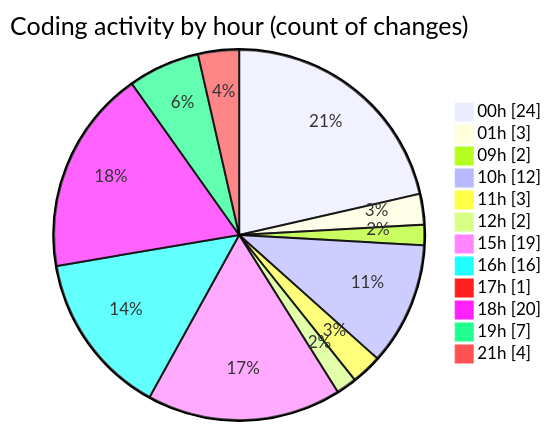
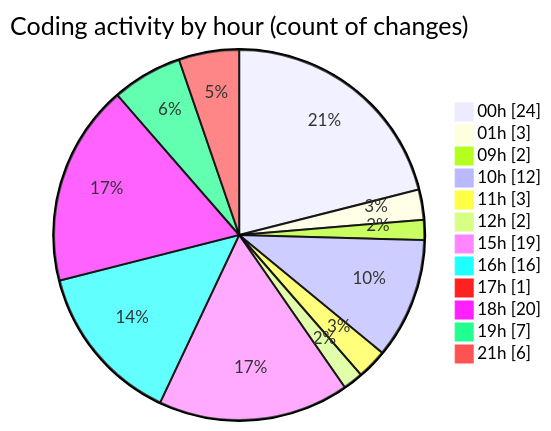
One commit to julien-gomy/code-tracking changed the second of 2 diagrams in 2025-11-24/eventscop-frontend-guide__workspace_/README.md. Above: the diagram before and after it, drawn with Mermaid. The commit also changed other lines of this file and 1 other file, not shown here.

````diff
--- a/2025-11-24/eventscop-frontend-guide__workspace_/README.md
+++ b/2025-11-24/eventscop-frontend-guide__workspace_/README.md
@@ -55,16 +56,16 @@
 ```mermaid
 pie showData
 title Coding activity by hour (count of changes)
 "00h" : 24
 "01h" : 3
 "09h" : 2
 "10h" : 12
 "11h" : 3
 "12h" : 2
 "15h" : 19
 "16h" : 16
 "17h" : 1
 "18h" : 20
 "19h" : 7
-"21h" : 4
+"21h" : 6
 ```
````
